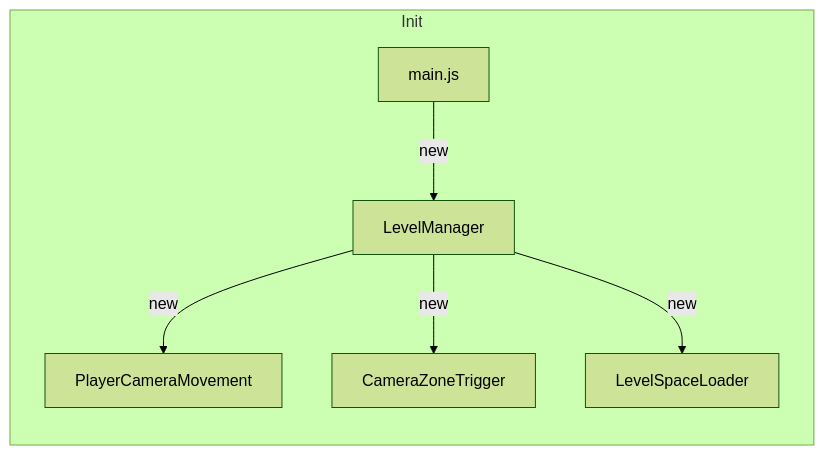
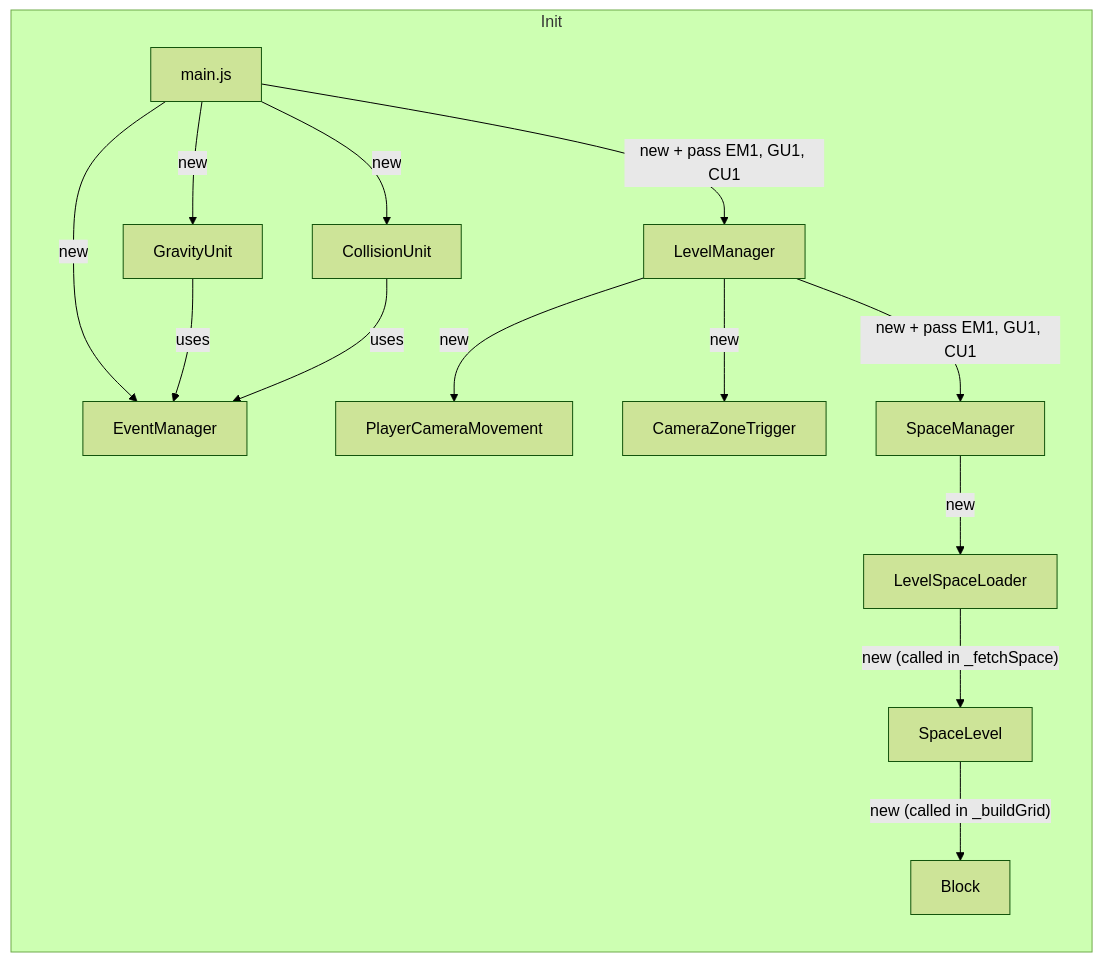
Before and after one commit to Th6uD1nk/simple-platformer: the first of 3 diagrams in README.md, drawn with Mermaid (forest theme). The commit also changed other lines of this file and 10 other files, not shown here.

Commit message:
add EventManager, GravityUnit, CollisionUnit, refactor SpaceManager to register static/dynamic blocks via registerIn JSON config, update SpaceLevel to populate registeredBlocks on init, update LevelManager/SpaceManager constructors to receive units, register Player as dynamic in main

````diff
--- a/README.md
+++ b/README.md
@@ -14,9 +14,17 @@
 ```mermaid
 graph LR
     subgraph init["Init"]
-        main1["main.js"] -->|new| LM1["LevelManager"]
+        main1["main.js"] -->|new| EM1["EventManager"]
+        main1 -->|new| GU1["GravityUnit"]
+        main1 -->|new| CU1["CollisionUnit"]
+        GU1 -->|uses| EM1
+        CU1 -->|uses| EM1
+        main1 -->|new + pass EM1, GU1, CU1| LM1["LevelManager"]
         LM1 -->|new| PCM1["PlayerCameraMovement"]
         LM1 -->|new| CZT1["CameraZoneTrigger"]
-        LM1 -->|new| LSL1["LevelSpaceLoader"]
+        LM1 -->|new + pass EM1, GU1, CU1| SM1["SpaceManager"]
+        SM1 -->|new| LSL1["LevelSpaceLoader"]
+        LSL1 -->|"new (called in _fetchSpace)"| SL1["SpaceLevel"]
+        SL1 -->|"new (called in _buildGrid)"| BL1["Block"]
     end
 ```
````
